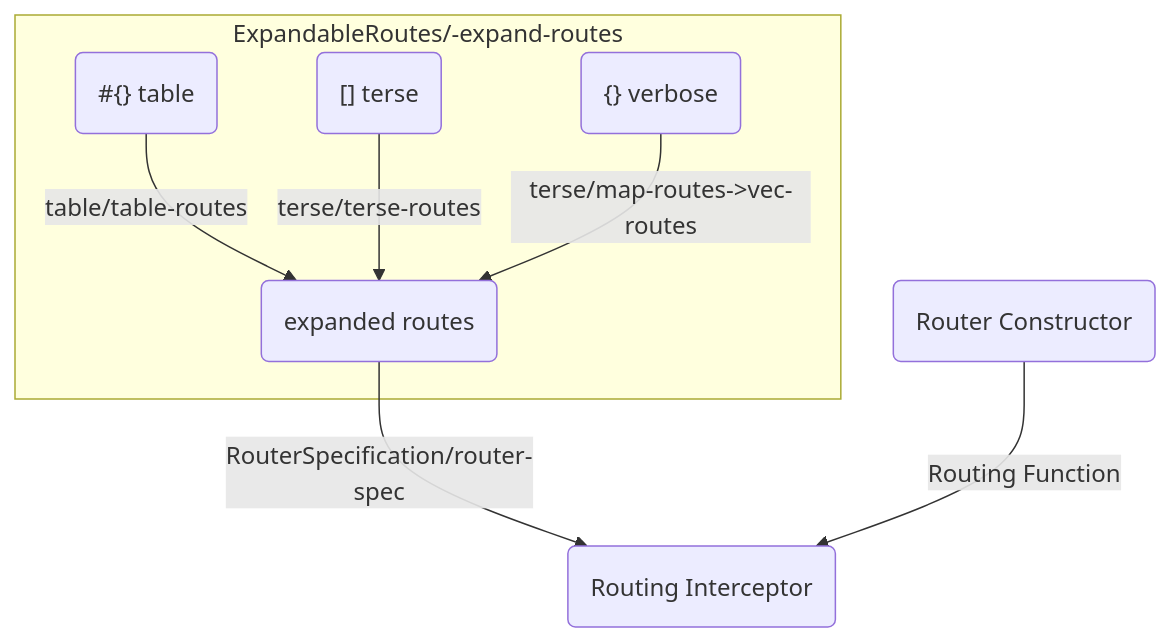
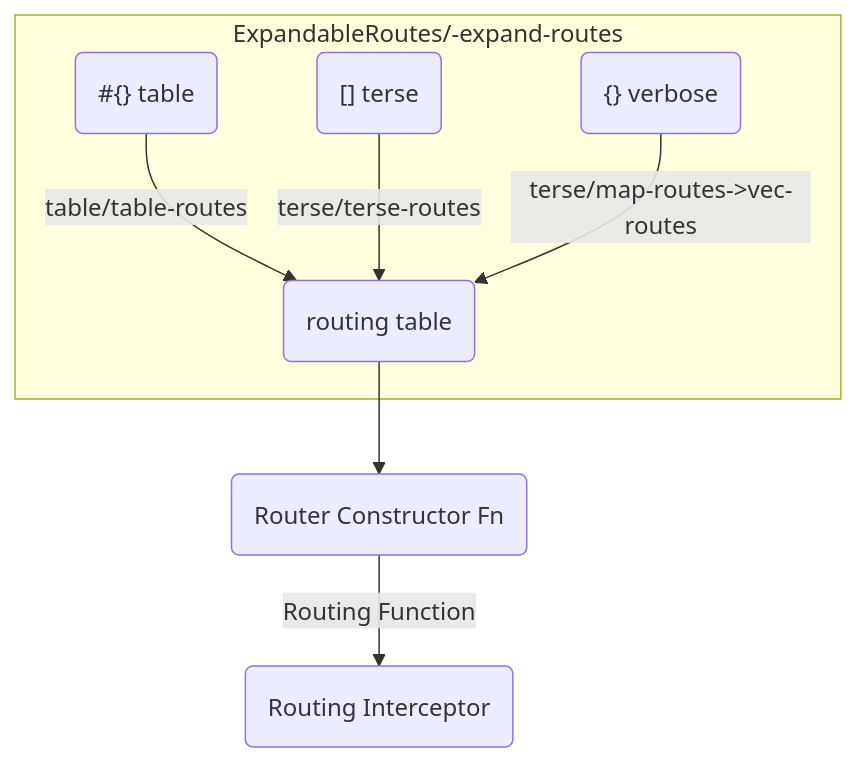
One commit to pedestal/pedestal changed the diagram in docs/modules/reference/pages/routing-quick-reference.adoc. Above: the diagram before and after it, drawn with Mermaid. The commit also changed other lines of this file and 18 other files, not shown here.

Commit message:
More progress cleaning things up - Added RoutingTable type - Got rid of RouterSpecification protocol

```diff
--- a/docs/modules/reference/pages/routing-quick-reference.adoc
+++ b/docs/modules/reference/pages/routing-quick-reference.adoc
@@ -43,12 +43,12 @@
 [mermaid]
 ....
 flowchart
   subgraph ExpandableRoutes/-expand-routes
   table("#{} table")-->|table/table-routes|expanded
   terse("[] terse")-->|terse/terse-routes|expanded
   map("{} verbose")-->|terse/map-routes->vec-routes|expanded
   end
-  expanded(expanded routes)-->|RouterSpecification/router-spec|inter
-  cons(Router Constructor)-->|Routing Function|inter
+  expanded(routing table)-->
+  cons(Router Constructor Fn)-->|Routing Function|inter
   inter(Routing Interceptor)
 ....
```
